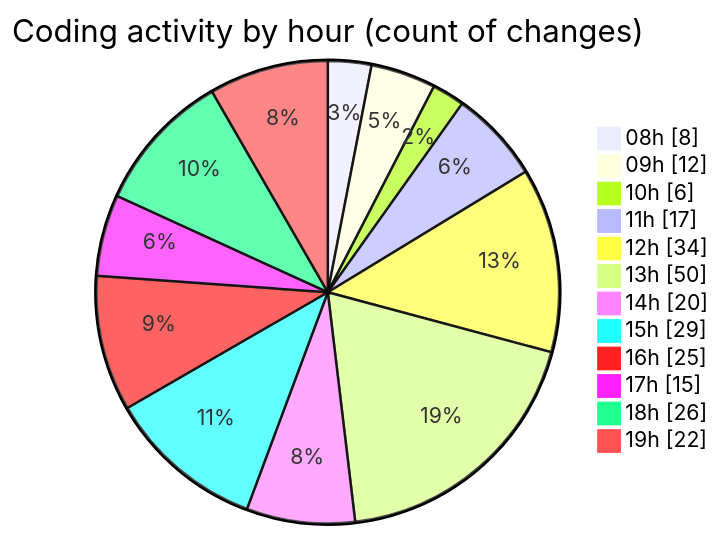
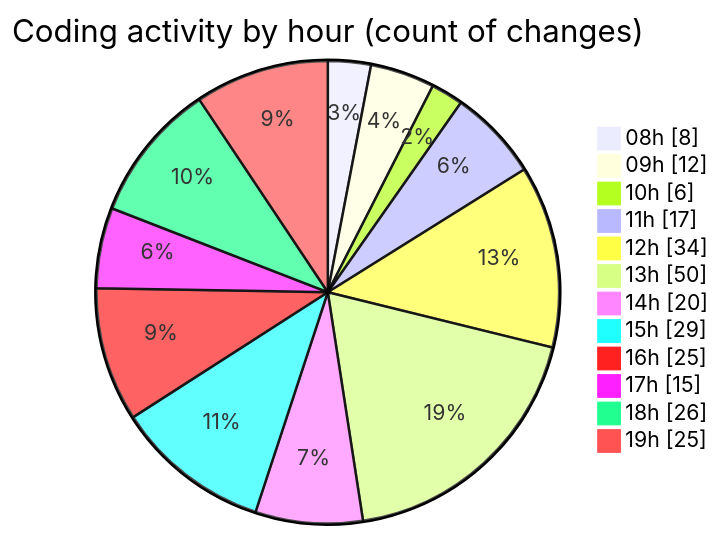
Before and after one commit to momahboobian/code-tracking: the second of 2 diagrams in 2025-09-15/cda/README.md, drawn with Mermaid. The commit also changed other lines of this file and 1 other file, not shown here.

````diff
--- a/2025-09-15/cda/README.md
+++ b/2025-09-15/cda/README.md
@@ -37,16 +37,16 @@
 ```mermaid
 pie showData
 title Coding activity by hour (count of changes)
 "08h" : 8
 "09h" : 12
 "10h" : 6
 "11h" : 17
 "12h" : 34
 "13h" : 50
 "14h" : 20
 "15h" : 29
 "16h" : 25
 "17h" : 15
 "18h" : 26
-"19h" : 22
+"19h" : 25
 ```
````
